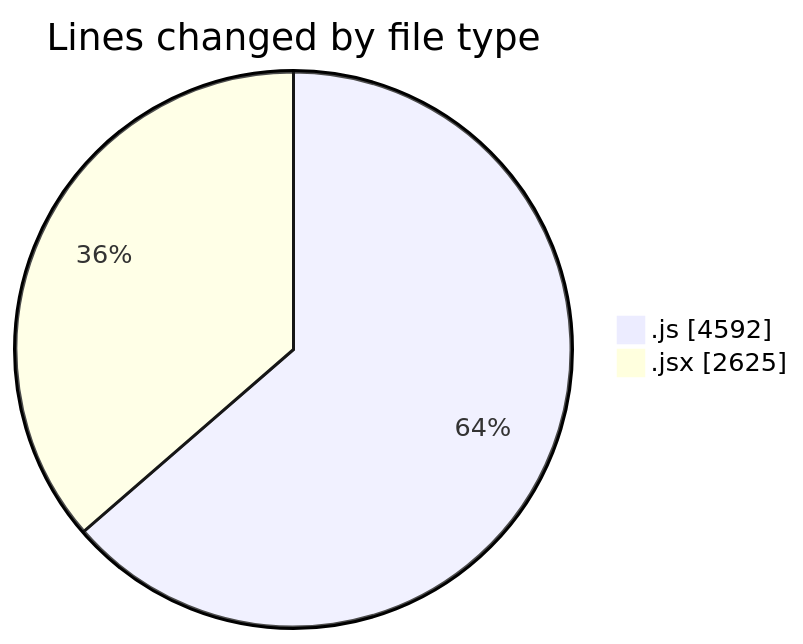
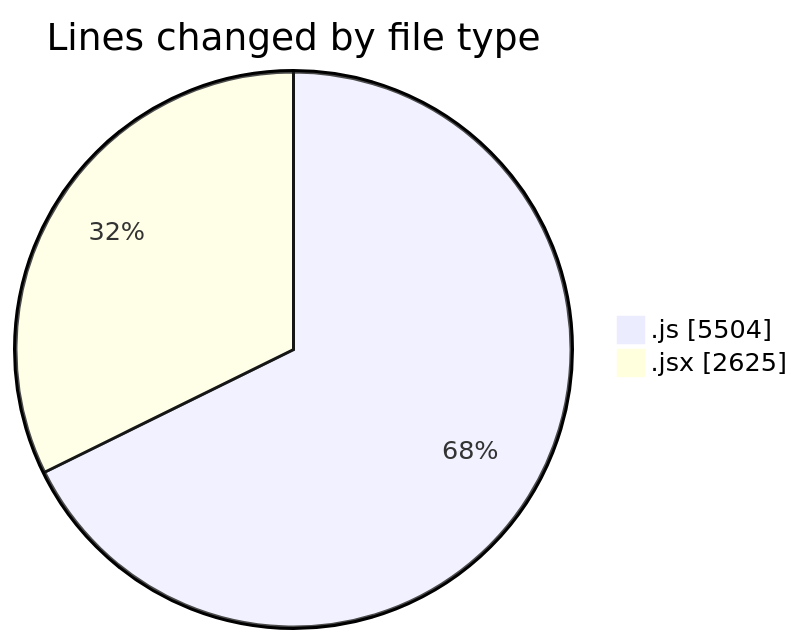
Before and after one commit to nxtqubesakshisongat/code-tracking: the first of 2 diagrams in 2025-08-13/nxtqube_webapp/README.md, drawn with Mermaid. The commit also changed other lines of this file and 1 other file, not shown here.

````diff
--- a/2025-08-13/nxtqube_webapp/README.md
+++ b/2025-08-13/nxtqube_webapp/README.md
@@ -26,6 +26,6 @@
 ```mermaid
 pie showData
 title Lines changed by file type
-".js" : 4592
+".js" : 5504
 ".jsx" : 2625
 ```
````
